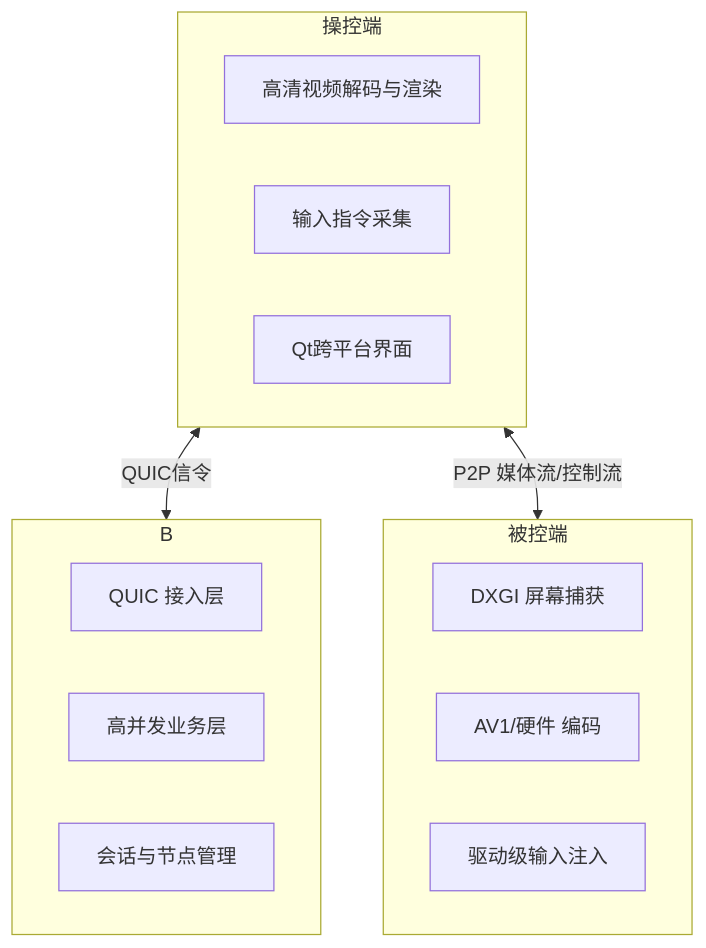
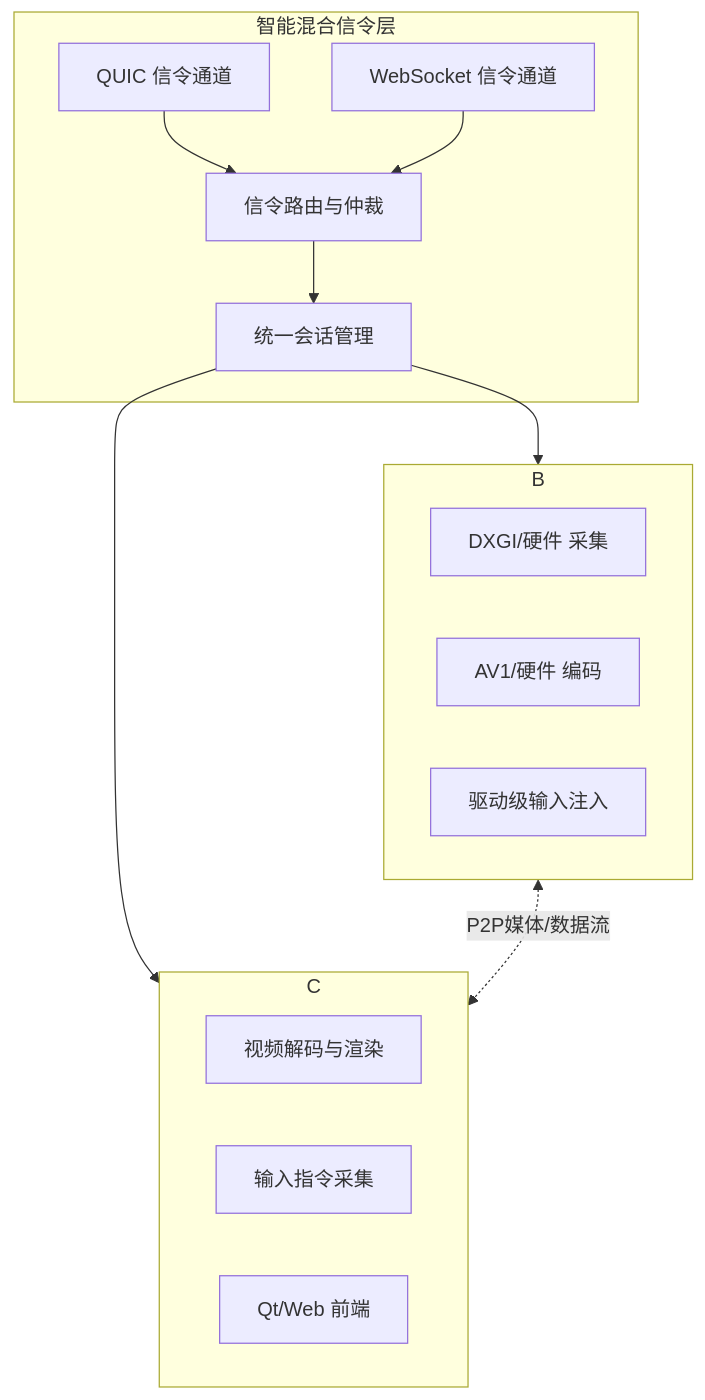
Before and after one commit to HopeTiga/HopeDesk: the diagram in README.md, drawn with Mermaid. The commit also changed other lines of this file, not shown here.

````diff
--- a/README.md
+++ b/README.md
@@ -20,23 +20,25 @@
 ```mermaid
 graph TD
-    A[操控端 Client] <-- QUIC信令 --> B[HopeDesk 信令服务器]
-    A <-- P2P 媒体流/控制流 --> C[被控端 Host]
+    subgraph A [智能混合信令层]
+        A1[QUIC 信令通道] --> A3[信令路由与仲裁]
+        A2[WebSocket 信令通道] --> A3
+        A3 --> A4[统一会话管理]
+    end
+
+    A4 --> B[被控端 Host]
+    A4 --> C[操控端 Client]
 
     subgraph B
-        B1[QUIC 接入层]
-        B2[高并发业务层]
-        B3[会话与节点管理]
+        B1[DXGI/硬件 采集]
+        B2[AV1/硬件 编码]
+        B3[驱动级输入注入]
     end
 
-    subgraph C [被控端]
-        C1[DXGI 屏幕捕获]
-        C2[AV1/硬件 编码]
-        C3[驱动级输入注入]
+    subgraph C
+        C1[视频解码与渲染]
+        C2[输入指令采集]
+        C3[Qt/Web 前端]
     end
 
-    subgraph A [操控端]
-        A1[高清视频解码与渲染]
-        A2[输入指令采集]
-        A3[Qt跨平台界面]
-    end
+    B <-.P2P媒体/数据流.-> C
 ```
````
